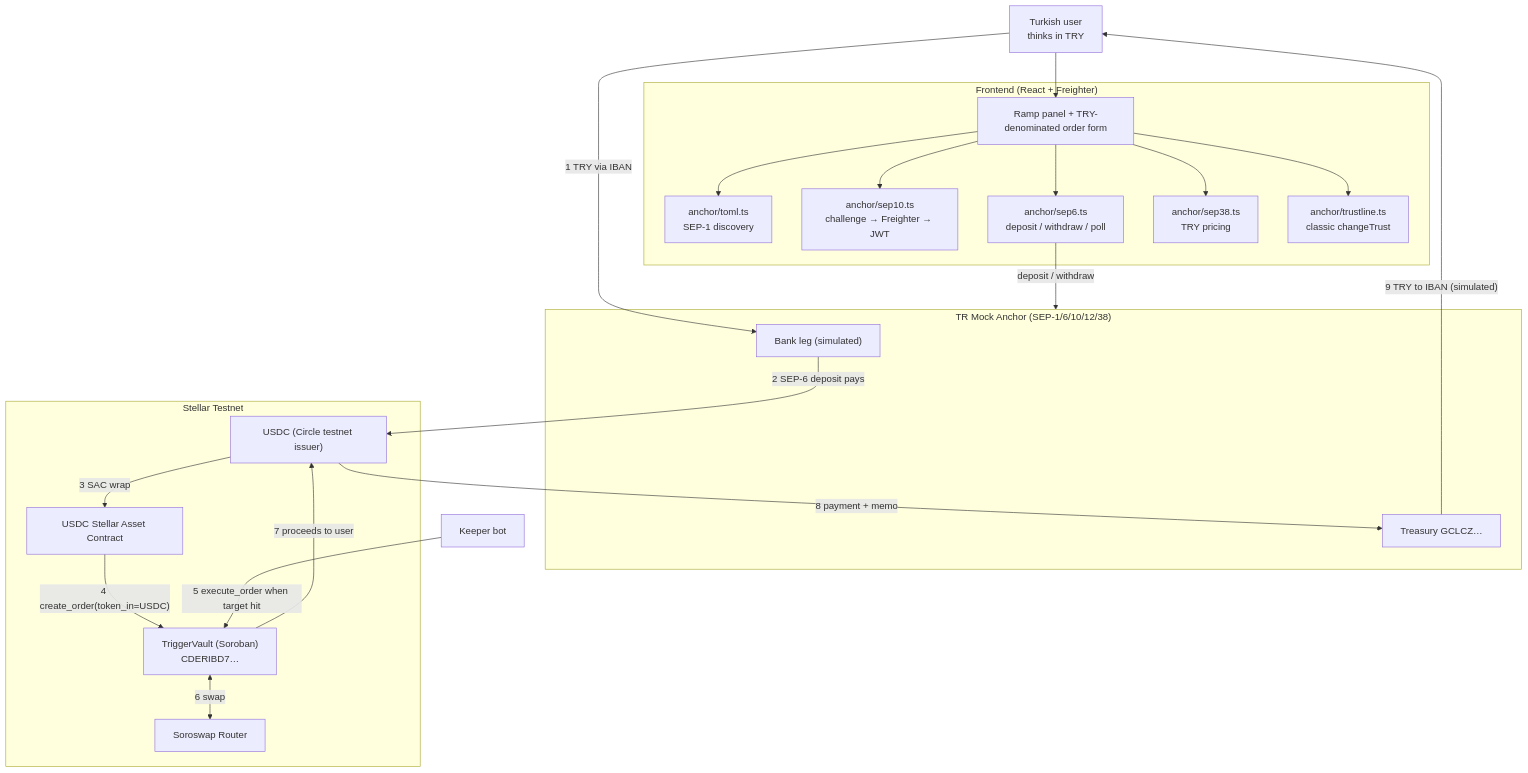
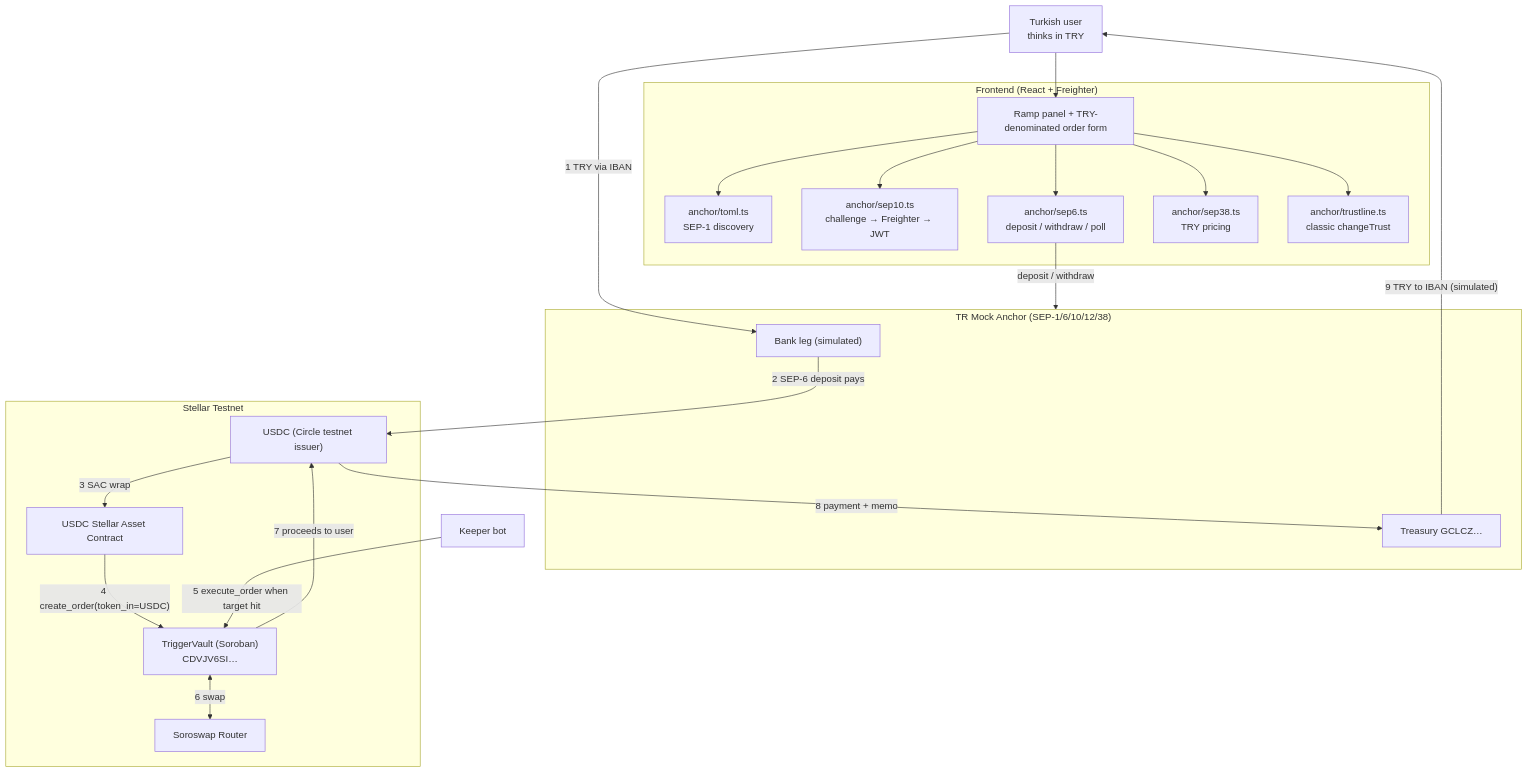
The diagram in docs/ANCHOR_INTEGRATION.md (Nghtphl/lumaflow), drawn with Mermaid before and after one commit. The commit also changed other lines of this file and 5 other files, not shown here.

````diff
--- a/docs/ANCHOR_INTEGRATION.md
+++ b/docs/ANCHOR_INTEGRATION.md
@@ -106,40 +106,40 @@
 ```mermaid
 flowchart TD
     U["Turkish user<br/>thinks in TRY"]
 
     subgraph FE["Frontend (React + Freighter)"]
         A1["anchor/toml.ts<br/>SEP-1 discovery"]
         A2["anchor/sep10.ts<br/>challenge → Freighter → JWT"]
         A3["anchor/sep6.ts<br/>deposit / withdraw / poll"]
         A4["anchor/sep38.ts<br/>TRY pricing"]
         A5["anchor/trustline.ts<br/>classic changeTrust"]
         UI["Ramp panel + TRY-denominated order form"]
     end
 
     subgraph AN["TR Mock Anchor (SEP-1/6/10/12/38)"]
         BANK["Bank leg (simulated)"]
         TRZ["Treasury GCLCZ…"]
     end
 
     subgraph SN["Stellar Testnet"]
         USDC["USDC (Circle testnet issuer)"]
         SAC["USDC Stellar Asset Contract"]
-        V["TriggerVault (Soroban)<br/>CDERIBD7…"]
+        V["TriggerVault (Soroban)<br/>CDVJV6SI…"]
         DEX["Soroswap Router"]
     end
 
     K["Keeper bot"]
 
     U -->|"1 TRY via IBAN"| BANK
     BANK -->|"2 SEP-6 deposit pays"| USDC
     U --> UI
     UI --> A1 & A2 & A3 & A4 & A5
     A3 -->|"deposit / withdraw"| AN
     USDC -->|"3 SAC wrap"| SAC
     SAC -->|"4 create_order(token_in=USDC)"| V
     K -->|"5 execute_order when target hit"| V
     V <-->|"6 swap"| DEX
     V -->|"7 proceeds to user"| USDC
     USDC -->|"8 payment + memo"| TRZ
     TRZ -->|"9 TRY to IBAN (simulated)"| U
 ```
````
